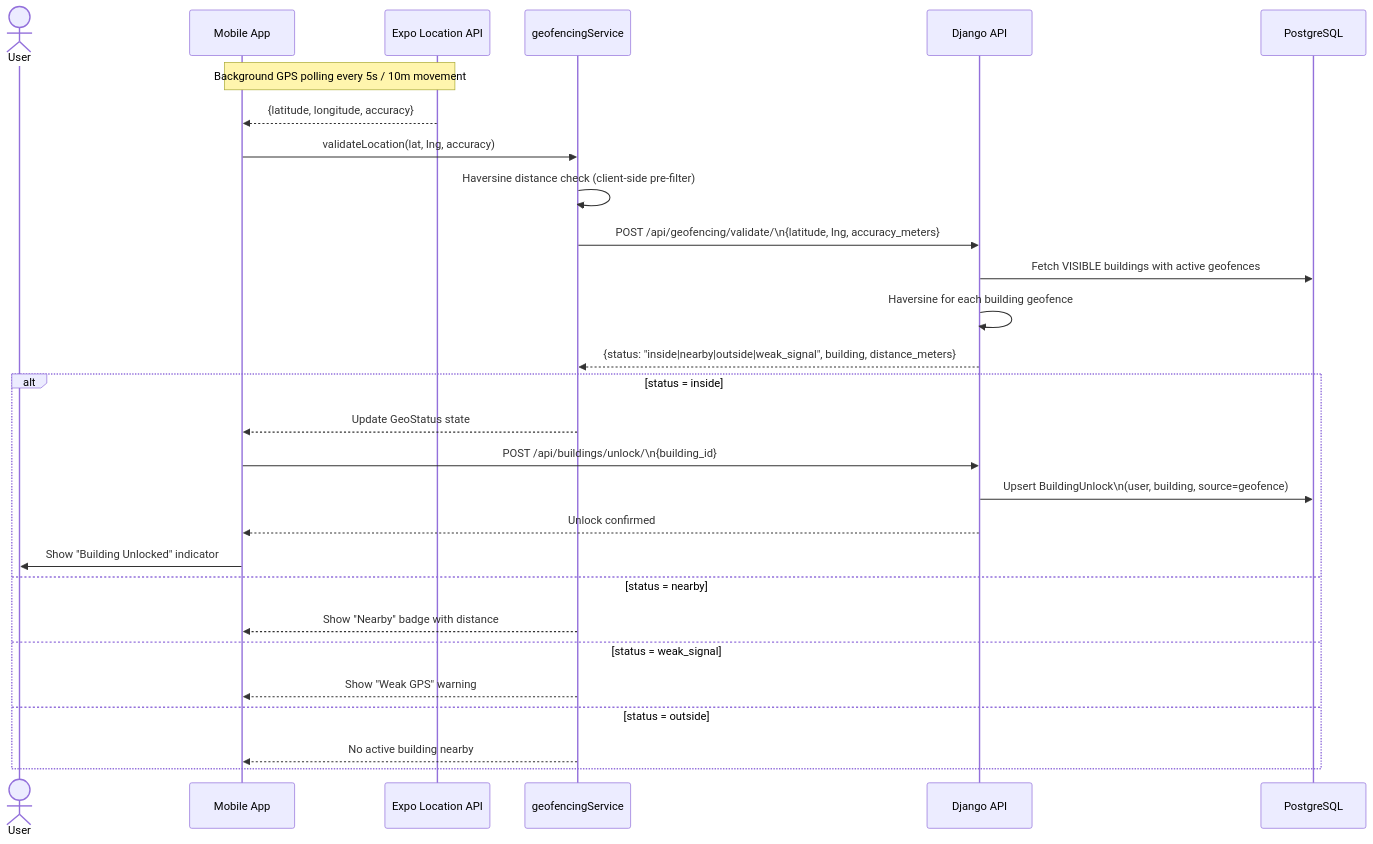
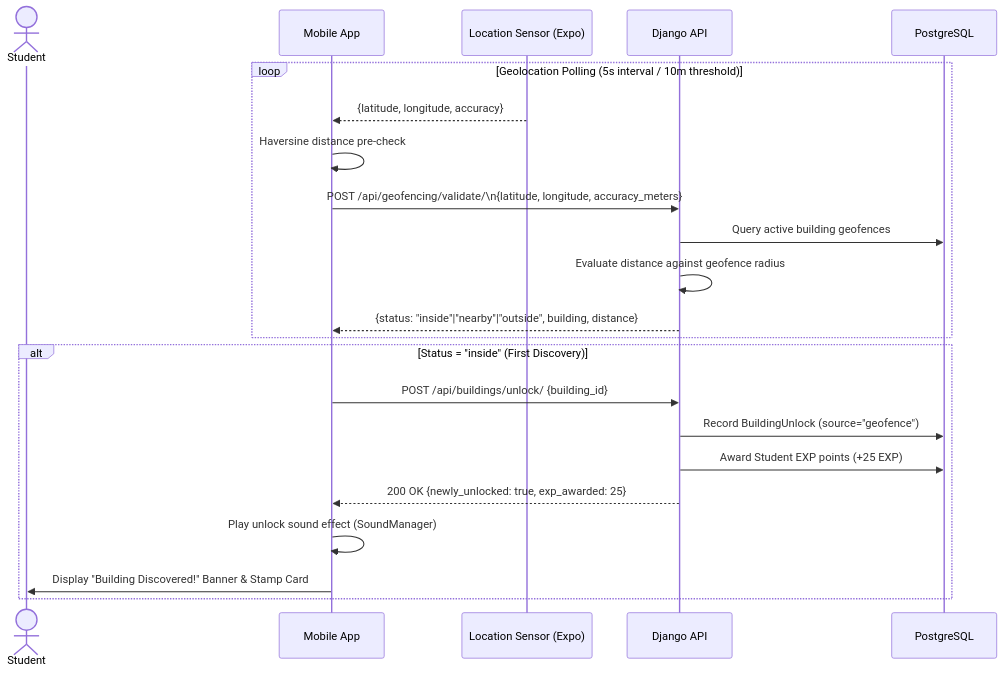
One commit to Cipher-Syntax/ARQuest changed the third of 8 diagrams in data-flow.md. Above: the diagram before and after it, drawn with Mermaid. The commit also changed other lines of this file and 10 other files, not shown here.

Commit message:
feat(web): redesign Admin Dashboard with real-time KPIs, foot traffic charts, and content coverage; synchronize all 9 system architecture docs

````diff
--- a/data-flow.md
+++ b/data-flow.md
@@ -74,33 +79,26 @@
 ```mermaid
 sequenceDiagram
-    actor User
+    actor Student
     participant App as Mobile App
-    participant GPS as Expo Location API
-    participant GeoSvc as geofencingService
+    participant GPS as Location Sensor (Expo)
     participant API as Django API
     participant DB as PostgreSQL
 
-    Note over App,GPS: Background GPS polling every 5s / 10m movement
-    GPS-->>App: {latitude, longitude, accuracy}
-    App->>GeoSvc: validateLocation(lat, lng, accuracy)
+    loop Geolocation Polling (5s interval / 10m threshold)
+        GPS-->>App: {latitude, longitude, accuracy}
+        App->>App: Haversine distance pre-check
+        App->>API: POST /api/geofencing/validate/\n{latitude, longitude, accuracy_meters}
+        API->>DB: Query active building geofences
+        API->>API: Evaluate distance against geofence radius
+        API-->>App: {status: "inside"|"nearby"|"outside", building, distance}
+    end
 
-    GeoSvc->>GeoSvc: Haversine distance check (client-side pre-filter)
-    GeoSvc->>API: POST /api/geofencing/validate/\n{latitude, lng, accuracy_meters}
-    API->>DB: Fetch VISIBLE buildings with active geofences
-    API->>API: Haversine for each building geofence
-    API-->>GeoSvc: {status: "inside|nearby|outside|weak_signal", building, distance_meters}
-
-    alt status = inside
-        GeoSvc-->>App: Update GeoStatus state
-        App->>API: POST /api/buildings/unlock/\n{building_id}
-        API->>DB: Upsert BuildingUnlock\n(user, building, source=geofence)
-        API-->>App: Unlock confirmed
-        App->>User: Show "Building Unlocked" indicator
-    else status = nearby
-        GeoSvc-->>App: Show "Nearby" badge with distance
-    else status = weak_signal
-        GeoSvc-->>App: Show "Weak GPS" warning
-    else status = outside
-        GeoSvc-->>App: No active building nearby
+    alt Status = "inside" (First Discovery)
+        App->>API: POST /api/buildings/unlock/ {building_id}
+        API->>DB: Record BuildingUnlock (source="geofence")
+        API->>DB: Award Student EXP points (+25 EXP)
+        API-->>App: 200 OK {newly_unlocked: true, exp_awarded: 25}
+        App->>App: Play unlock sound effect (SoundManager)
+        App->>Student: Display "Building Discovered!" Banner & Stamp Card
     end
 ```
````
